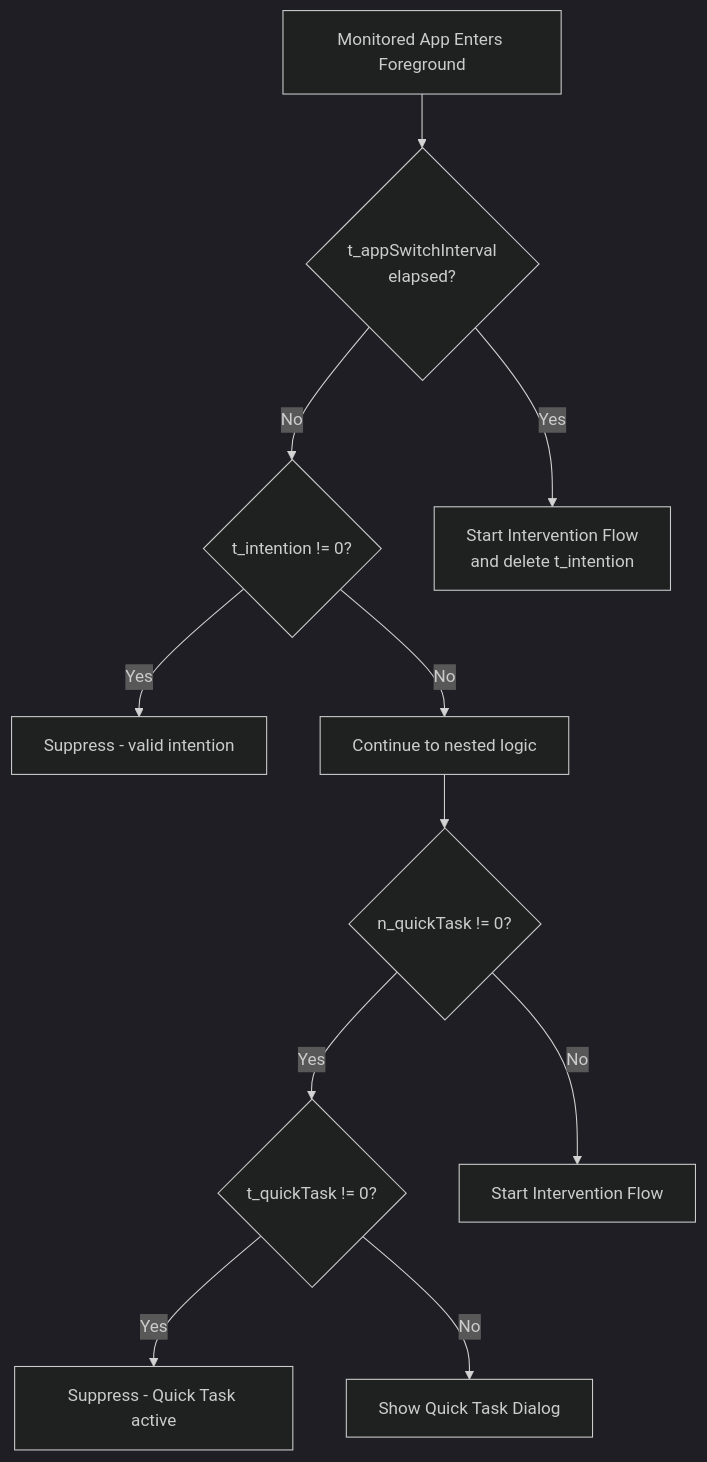
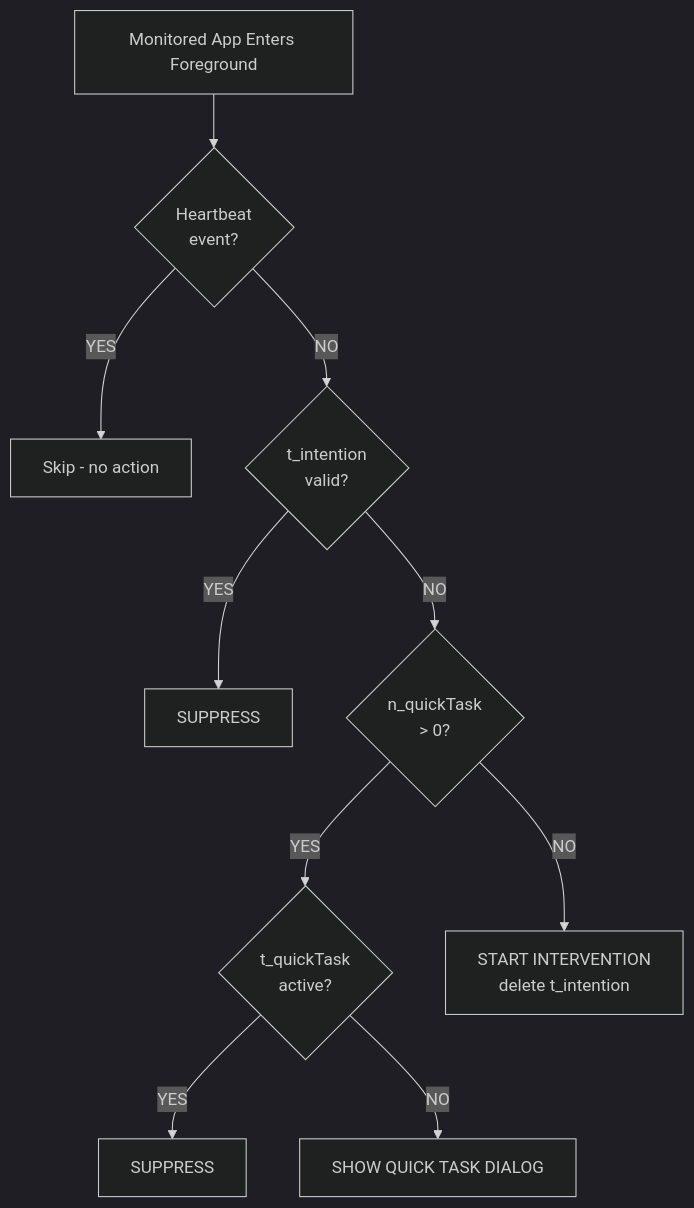
The diagram in docs/Trigger_logic_priority.md (flyimmer/breakloop-native), drawn with Mermaid (dark theme) before and after one commit. The commit also changed other lines of this file and 8 other files, not shown here.

Commit message:
deleted APP_SWITCH_INTERVAL

````diff
--- a/docs/Trigger_logic_priority.md
+++ b/docs/Trigger_logic_priority.md
@@ -181,13 +49,15 @@
 ```mermaid
 flowchart TD
-    Start[Monitored App Enters Foreground] --> CheckAppSwitch{t_appSwitchInterval<br/>elapsed?}
-    CheckAppSwitch -->|No| CheckTIntention{t_intention != 0?}
-    CheckTIntention -->|Yes| Suppress1[Suppress - valid intention]
-    CheckTIntention -->|No| CheckNested[Continue to nested logic]
-    CheckAppSwitch -->|Yes| StartIntervention[Start Intervention Flow<br/>and delete t_intention]
-    CheckNested --> CheckNQuickTask{n_quickTask != 0?}
-    CheckNQuickTask -->|Yes| CheckTQuickTask{t_quickTask != 0?}
-    CheckTQuickTask -->|Yes| Suppress2[Suppress - Quick Task active]
-    CheckTQuickTask -->|No| ShowDialog[Show Quick Task Dialog]
-    CheckNQuickTask -->|No| StartIntervention2[Start Intervention Flow]
+    Start[Monitored App Enters Foreground] --> Heartbeat{Heartbeat<br/>event?}
+    Heartbeat -->|YES| Skip[Skip - no action]
+    Heartbeat -->|NO| CheckIntention{t_intention<br/>valid?}
+    
+    CheckIntention -->|YES| Suppress1[SUPPRESS]
+    CheckIntention -->|NO| CheckQuota{n_quickTask<br/>> 0?}
+    
+    CheckQuota -->|YES| CheckTimer{t_quickTask<br/>active?}
+    CheckQuota -->|NO| StartIntervention[START INTERVENTION<br/>delete t_intention]
+    
+    CheckTimer -->|YES| Suppress2[SUPPRESS]
+    CheckTimer -->|NO| ShowDialog[SHOW QUICK TASK DIALOG]
 ```
````
